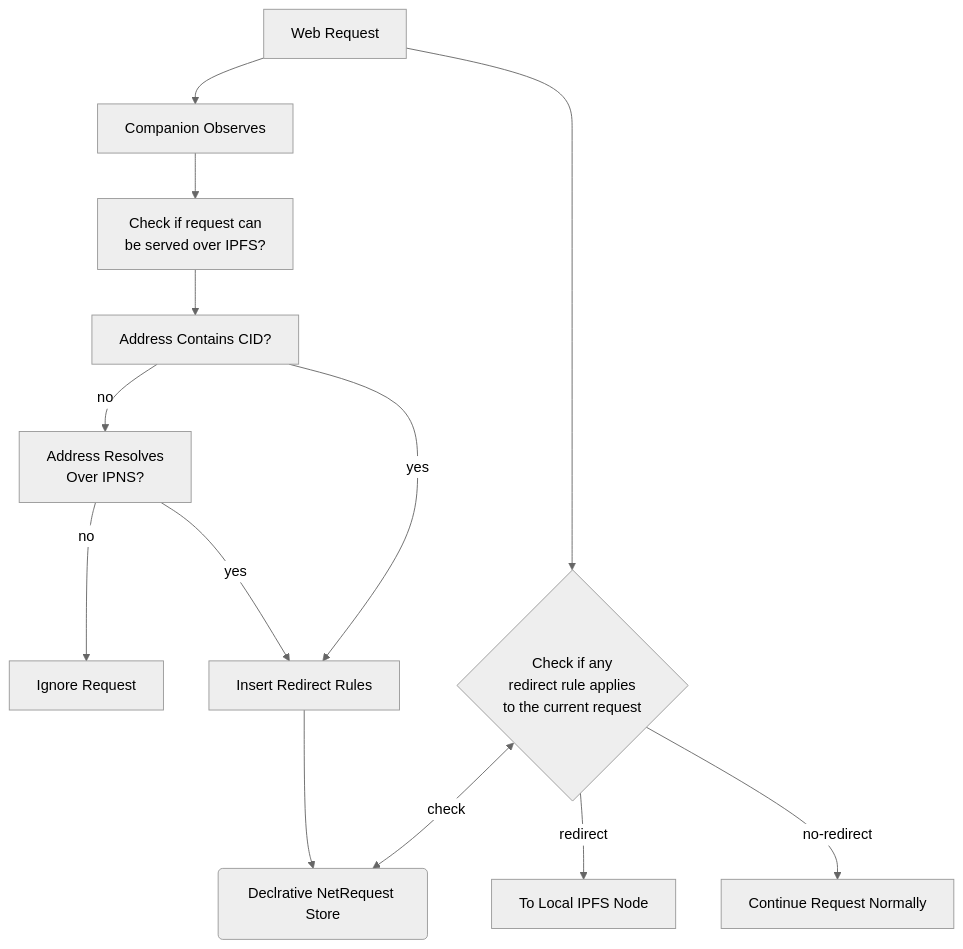
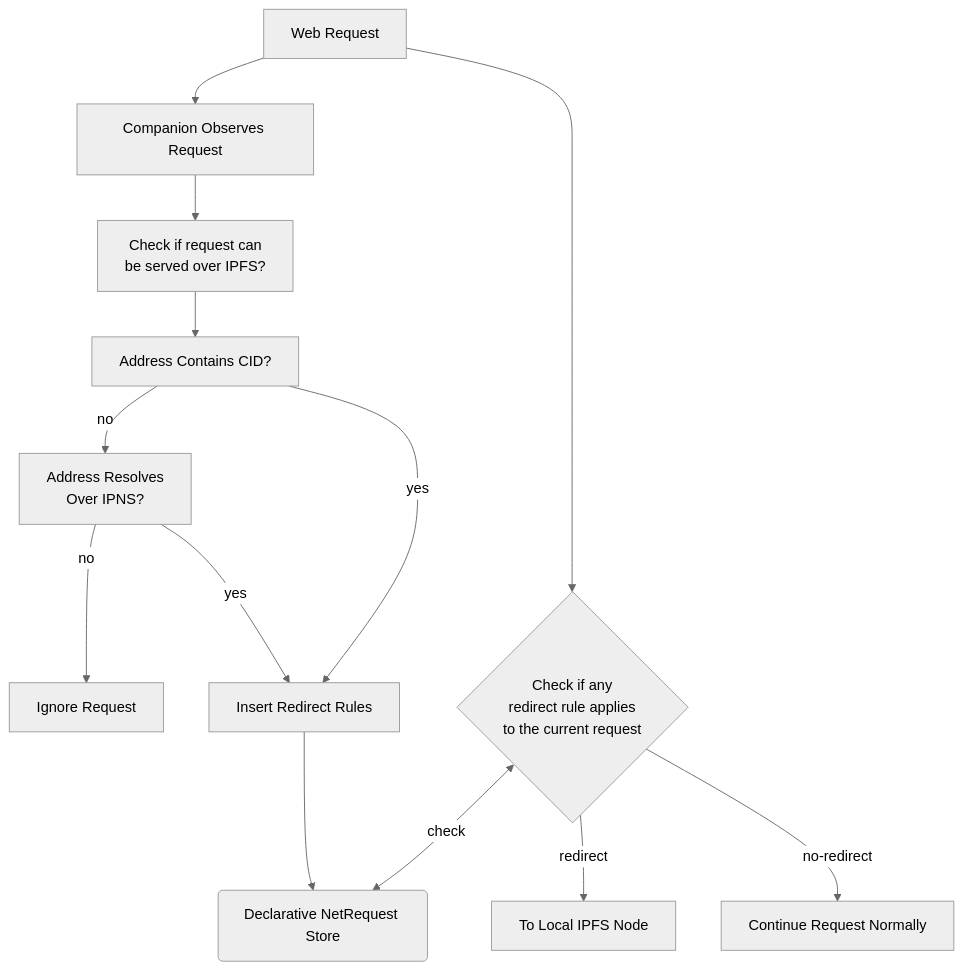
Before and after one commit to ipfs/ipfs-companion: the second of 2 diagrams in docs/MV3.md, drawn with Mermaid (neutral theme). The commit also changed other lines of this file, not shown here.

````diff
--- a/docs/MV3.md
+++ b/docs/MV3.md
@@ -24,15 +24,15 @@
 ```mermaid
 flowchart TD
-    A[Web Request] --> B[Companion Observes]
+    A[Web Request] --> B[Companion Observes Request]
     A --> C{Check if any\nredirect rule applies\nto the current request}
     B --> D[Check if request can\nbe served over IPFS?]
     D --> E[Address Contains CID?]
     E --> |no| F[Address Resolves\nOver IPNS?]
     F --> |no| I[Ignore Request]
     F --> |yes| H
     E --> |yes| H[Insert Redirect Rules]
-    H --> K(Declrative NetRequest Store)
+    H --> K(Declarative NetRequest Store)
     C <--> |check| K
     C --> |redirect| G[To Local IPFS Node]
     C --> |no-redirect| J[Continue Request Normally]
 ```
````
